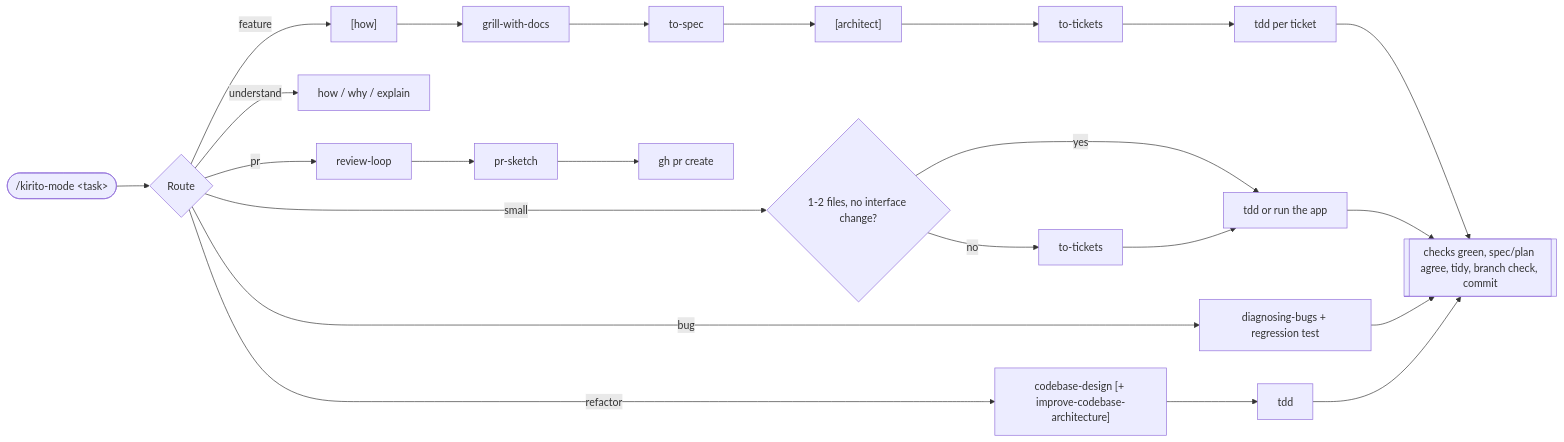
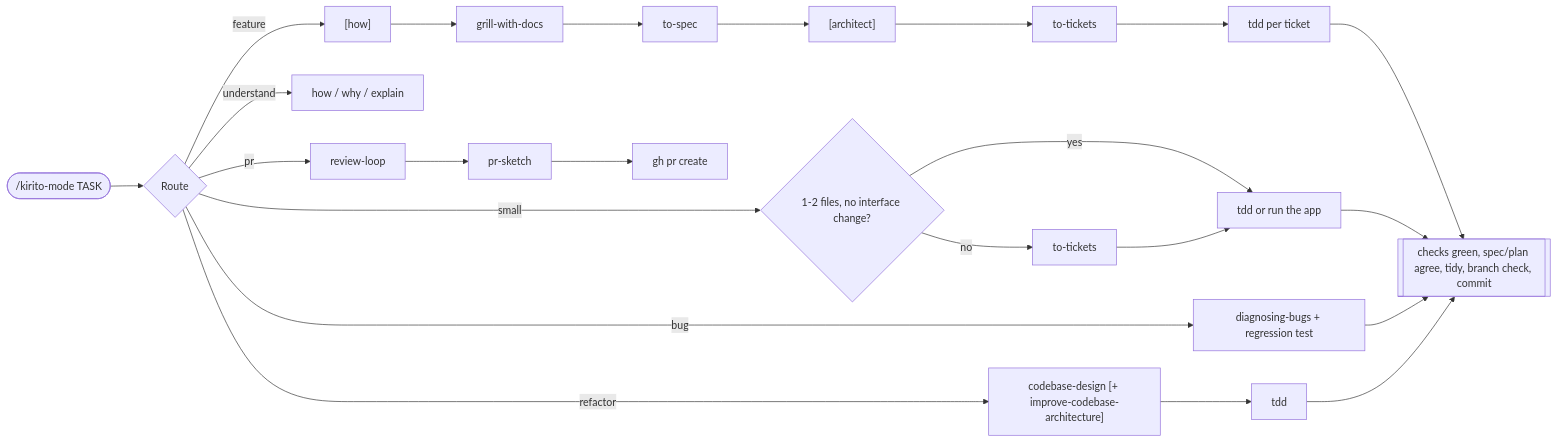
One commit to minhhuy1201/hkirito changed the first of 3 diagrams in README.md. Above: the diagram before and after it, drawn with Mermaid.

Commit message:
docs: use plain task label in flow diagram
An HTML entity inside a mermaid label may not render on GitHub.

````diff
--- a/README.md
+++ b/README.md
@@ -7,15 +7,15 @@
 ```mermaid
 flowchart LR
-    T(["/kirito-mode &lt;task&gt;"]) --> R{Route}
+    T(["/kirito-mode TASK"]) --> R{Route}
 
     R -->|feature| F1["[how]"] --> F2[grill-with-docs] --> F3[to-spec] --> F4["[architect]"] --> F5[to-tickets] --> F6[tdd per ticket] --> FIN
     R -->|small| S1{"1-2 files, no interface change?"}
     S1 -->|yes| S2[tdd or run the app] --> FIN
     S1 -->|no| S3[to-tickets] --> S2
     R -->|bug| B1[diagnosing-bugs + regression test] --> FIN
     R -->|refactor| X1["codebase-design [+ improve-codebase-architecture]"] --> X2[tdd] --> FIN
     R -->|understand| U1[how / why / explain]
     R -->|pr| P1[review-loop] --> P2[pr-sketch] --> P3[gh pr create]
 
     FIN[["checks green, spec/plan agree, tidy, branch check, commit"]]
 ```
````
